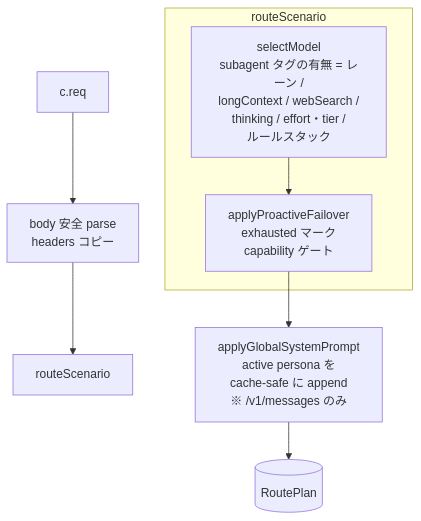
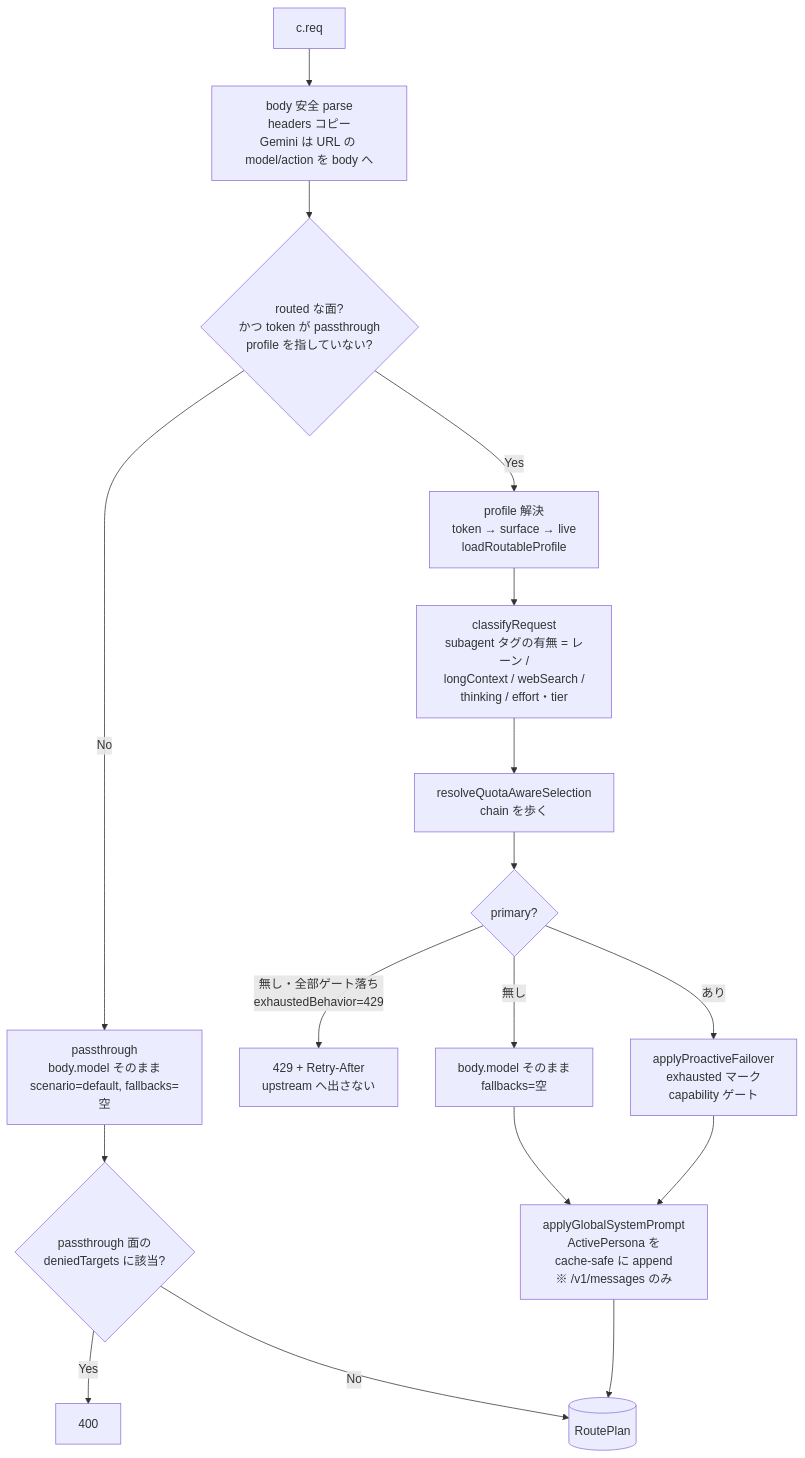
The tenth of 12 diagrams in docs/architecture/pipeline-overview.md (tkgstrator/rialto), drawn with Mermaid before and after one commit. The commit also changed other lines of this file and 137 other files, not shown here.

````diff
--- a/docs/architecture/pipeline-overview.md
+++ b/docs/architecture/pipeline-overview.md
@@ -489,11 +501,19 @@
 ```mermaid
 flowchart TD
-  R[c.req] --> PARSE[body 安全 parse<br/>headers コピー]
-  PARSE --> RS[routeScenario]
-  subgraph RS_BOX[routeScenario]
-    SEL[selectModel<br/>subagent タグの有無 = レーン /<br/>longContext / webSearch /<br/>thinking / effort・tier /<br/>ルールスタック]
-    SEL --> APF[applyProactiveFailover<br/>exhausted マーク<br/>capability ゲート]
-  end
-  APF --> PERSONA[applyGlobalSystemPrompt<br/>active persona を<br/>cache-safe に append<br/>※ /v1/messages のみ]
+  R[c.req] --> PARSE[body 安全 parse<br/>headers コピー<br/>Gemini は URL の model/action を body へ]
+  PARSE --> MODE{routed な面?<br/>かつ token が passthrough<br/>profile を指していない?}
+  MODE -- No --> PT[passthrough<br/>body.model そのまま<br/>scenario=default, fallbacks=空]
+  MODE -- Yes --> PROF[profile 解決<br/>token → surface → live<br/>loadRoutableProfile]
+  PROF --> CLS[classifyRequest<br/>subagent タグの有無 = レーン /<br/>longContext / webSearch /<br/>thinking / effort・tier]
+  CLS --> SEL[resolveQuotaAwareSelection<br/>chain を歩く]
+  SEL --> HAS{primary?}
+  HAS -- 無し・全部ゲート落ち<br/>exhaustedBehavior=429 --> R429[429 + Retry-After<br/>upstream へ出さない]
+  HAS -- 無し --> KEEP[body.model そのまま<br/>fallbacks=空]
+  HAS -- あり --> APF[applyProactiveFailover<br/>exhausted マーク<br/>capability ゲート]
+  KEEP --> PERSONA[applyGlobalSystemPrompt<br/>ActivePersona を<br/>cache-safe に append<br/>※ /v1/messages のみ]
+  APF --> PERSONA
   PERSONA --> PLAN[(RoutePlan)]
+  PT --> DENY{passthrough 面の<br/>deniedTargets に該当?}
+  DENY -- Yes --> R400[400]
+  DENY -- No --> PLAN
 ```
````
